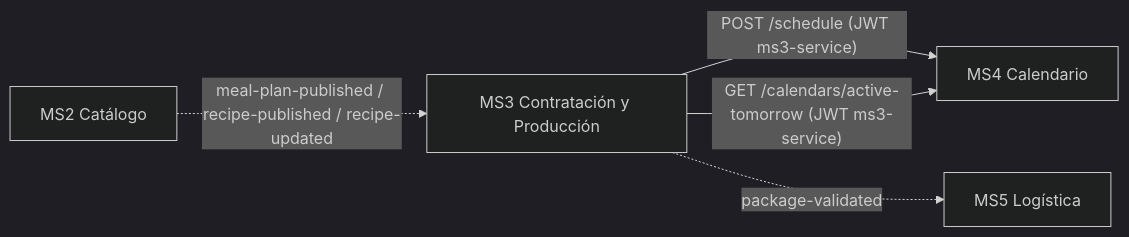
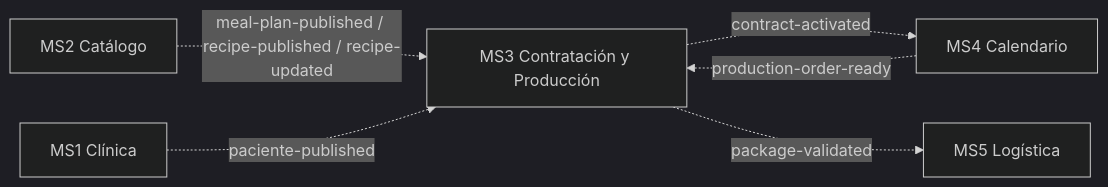
The diagram in docs/INTEGRACION_PLATAFORMA.md (Nur-tricenter/ms3-contract-and-production), drawn with Mermaid (dark theme) before and after one commit. The commit also changed other lines of this file and 39 other files, not shown here.

````diff
--- a/docs/INTEGRACION_PLATAFORMA.md
+++ b/docs/INTEGRACION_PLATAFORMA.md
@@ -18,7 +18,8 @@
 ```mermaid
 flowchart LR
   MS2[MS2 Catálogo] -. meal-plan-published / recipe-published / recipe-updated .-> MS3
-  MS3[MS3 Contratación y Producción] -- "POST /schedule (JWT ms3-service)" --> MS4[MS4 Calendario]
-  MS3 -- "GET /calendars/active-tomorrow (JWT ms3-service)" --> MS4
+  MS1[MS1 Clínica] -. paciente-published .-> MS3
+  MS3[MS3 Contratación y Producción] -. contract-activated .-> MS4[MS4 Calendario]
+  MS4 -. production-order-ready .-> MS3
   MS3 -. package-validated .-> MS5[MS5 Logística]
 ```
````
